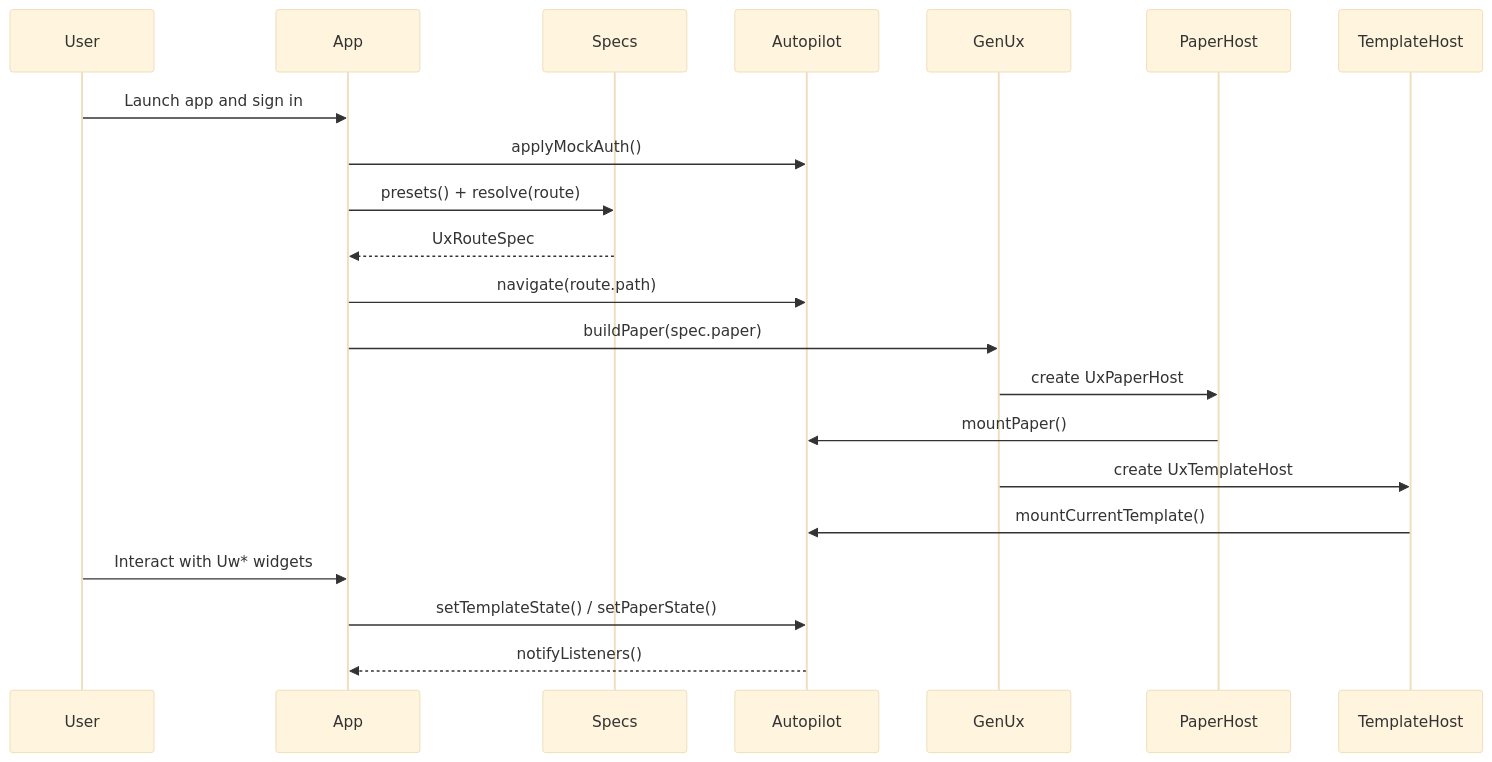
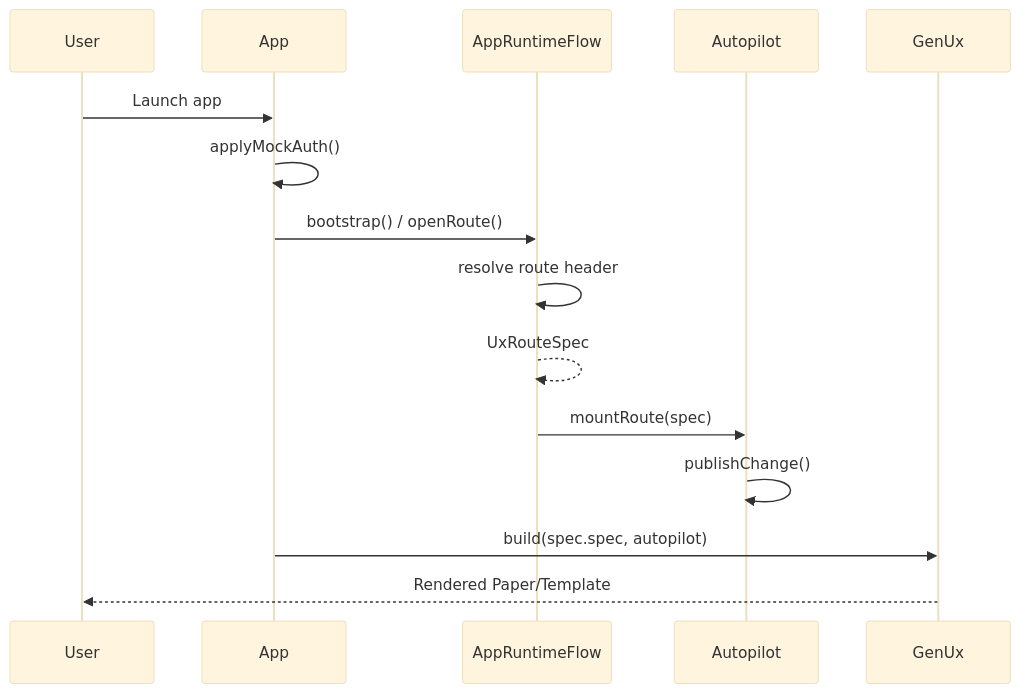
One commit to githubflutter/genrp changed the third of 4 diagrams in docs/project_deep_analysis.md. Above: the diagram before and after it, drawn with Mermaid (base theme). The commit also changed other lines of this file and 36 other files, not shown here.

Commit message:
feat: Refactor Autopilot to delegate data and UX state management to CopilotData and CopilotUx, introduce USchema-based routing, and update app entry points and documentation.

````diff
--- a/docs/project_deep_analysis.md
+++ b/docs/project_deep_analysis.md
@@ -466,24 +477,18 @@
 ```mermaid
 sequenceDiagram
     participant User
     participant App
-    participant Specs
+    participant Flow as AppRuntimeFlow
     participant Autopilot
     participant GenUx
-    participant PaperHost
-    participant TemplateHost
 
-    User->>App: Launch app and sign in
-    App->>Autopilot: applyMockAuth()
-    App->>Specs: presets() + resolve(route)
-    Specs-->>App: UxRouteSpec
-    App->>Autopilot: navigate(route.path)
-    App->>GenUx: buildPaper(spec.paper)
-    GenUx->>PaperHost: create UxPaperHost
-    PaperHost->>Autopilot: mountPaper()
-    GenUx->>TemplateHost: create UxTemplateHost
-    TemplateHost->>Autopilot: mountCurrentTemplate()
-    User->>App: Interact with Uw* widgets
-    App->>Autopilot: setTemplateState() / setPaperState()
-    Autopilot-->>App: notifyListeners()
+    User->>App: Launch app
+    App->>App: applyMockAuth()
+    App->>Flow: bootstrap() / openRoute()
+    Flow->>Flow: resolve route header
+    Flow-->>Flow: UxRouteSpec
+    Flow->>Autopilot: mountRoute(spec)
+    Autopilot->>Autopilot: publishChange()
+    App->>GenUx: build(spec.spec, autopilot)
+    GenUx-->>User: Rendered Paper/Template
 ```
````
